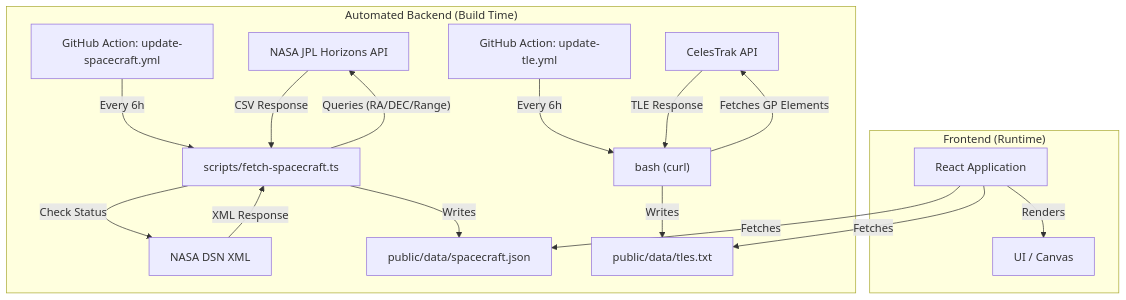
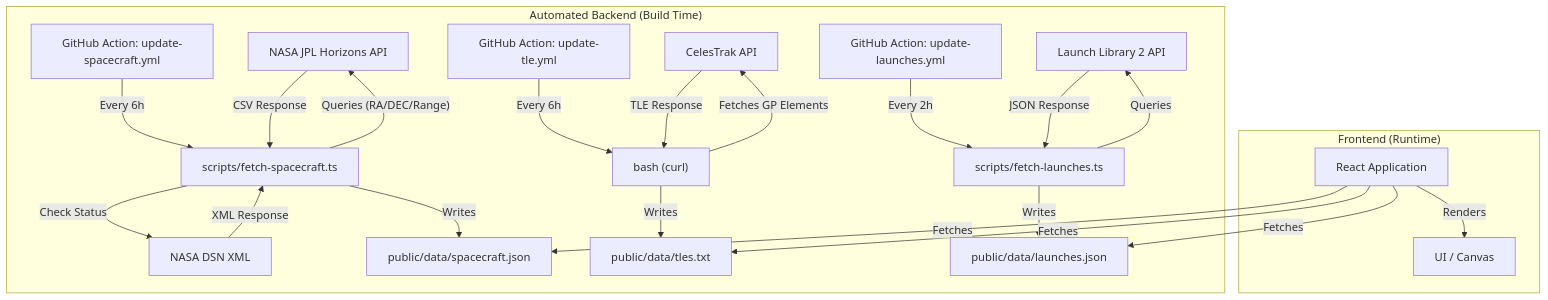
One commit to kohld/zenith changed the diagram in README.md. Above: the diagram before and after it, drawn with Mermaid.

Commit message:
[DOCS] Update architecture diagram with Launch pipeline

````diff
--- a/README.md
+++ b/README.md
@@ -52,38 +52,48 @@
 ```mermaid
 graph TD
     NASA[NASA JPL Horizons API]
     DSN[NASA DSN XML]
     CelesTrak[CelesTrak API]
+    LL2[Launch Library 2 API]
     
     Script_Horizons[scripts/fetch-spacecraft.ts]
     Script_TLE["bash (curl)"]
+    Script_Launches[scripts/fetch-launches.ts]
     
     JSON_Spacecraft[public/data/spacecraft.json]
     TXT_TLE[public/data/tles.txt]
+    JSON_Launches[public/data/launches.json]
     
     App[React Application]
     Action_Horizons["GitHub Action: update-spacecraft.yml"]
     Action_TLE["GitHub Action: update-tle.yml"]
+    Action_Launches["GitHub Action: update-launches.yml"]
 
     subgraph "Automated Backend (Build Time)"
     Action_Horizons -- "Every 6h" --> Script_Horizons
     Script_Horizons -- "Queries (RA/DEC/Range)" --> NASA
     NASA -- "CSV Response" --> Script_Horizons
     
     Script_Horizons -- "Check Status" --> DSN
     DSN -- "XML Response" --> Script_Horizons
     
     Script_Horizons -- Writes --> JSON_Spacecraft
 
     Action_TLE -- Every 6h --> Script_TLE
     Script_TLE -- Fetches GP Elements --> CelesTrak
     CelesTrak -- TLE Response --> Script_TLE
     Script_TLE -- Writes --> TXT_TLE
+
+    Action_Launches -- "Every 2h" --> Script_Launches
+    Script_Launches -- "Queries" --> LL2
+    LL2 -- "JSON Response" --> Script_Launches
+    Script_Launches -- Writes --> JSON_Launches
     end
 
     subgraph "Frontend (Runtime)"
     App -- Fetches --> JSON_Spacecraft
     App -- Fetches --> TXT_TLE
+    App -- Fetches --> JSON_Launches
     App -- Renders --> UI[UI / Canvas]
     end
 ```
````
